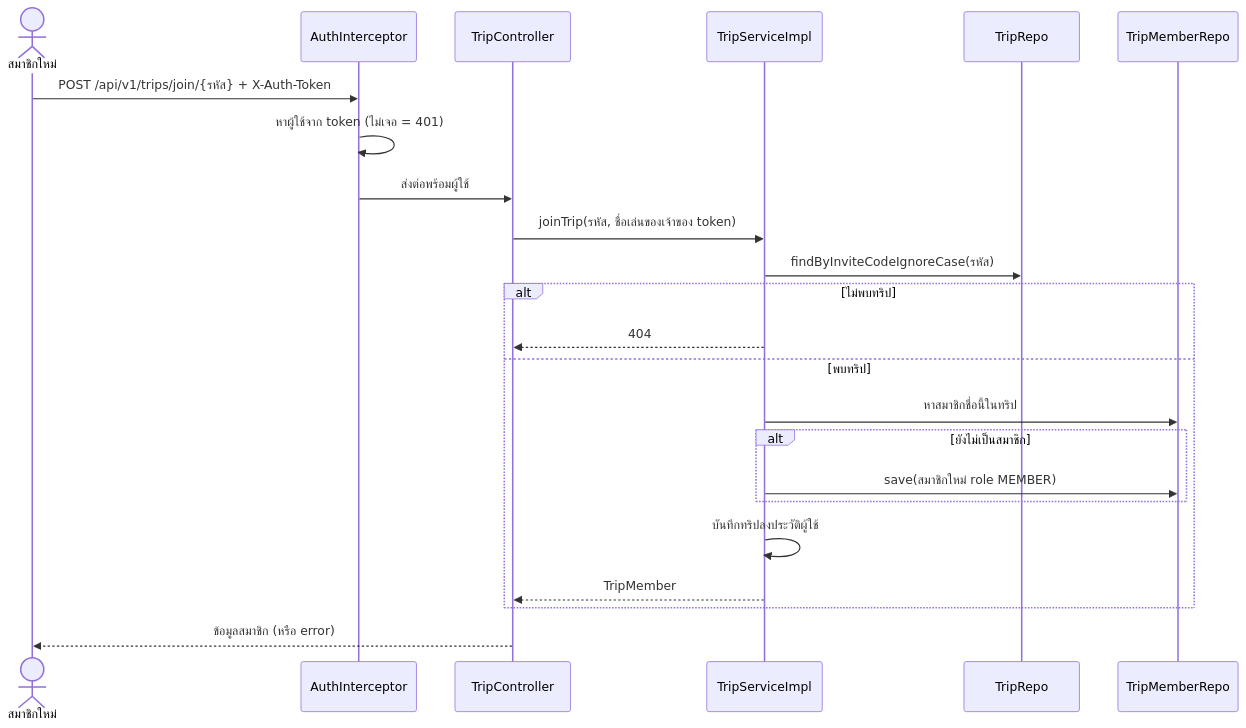
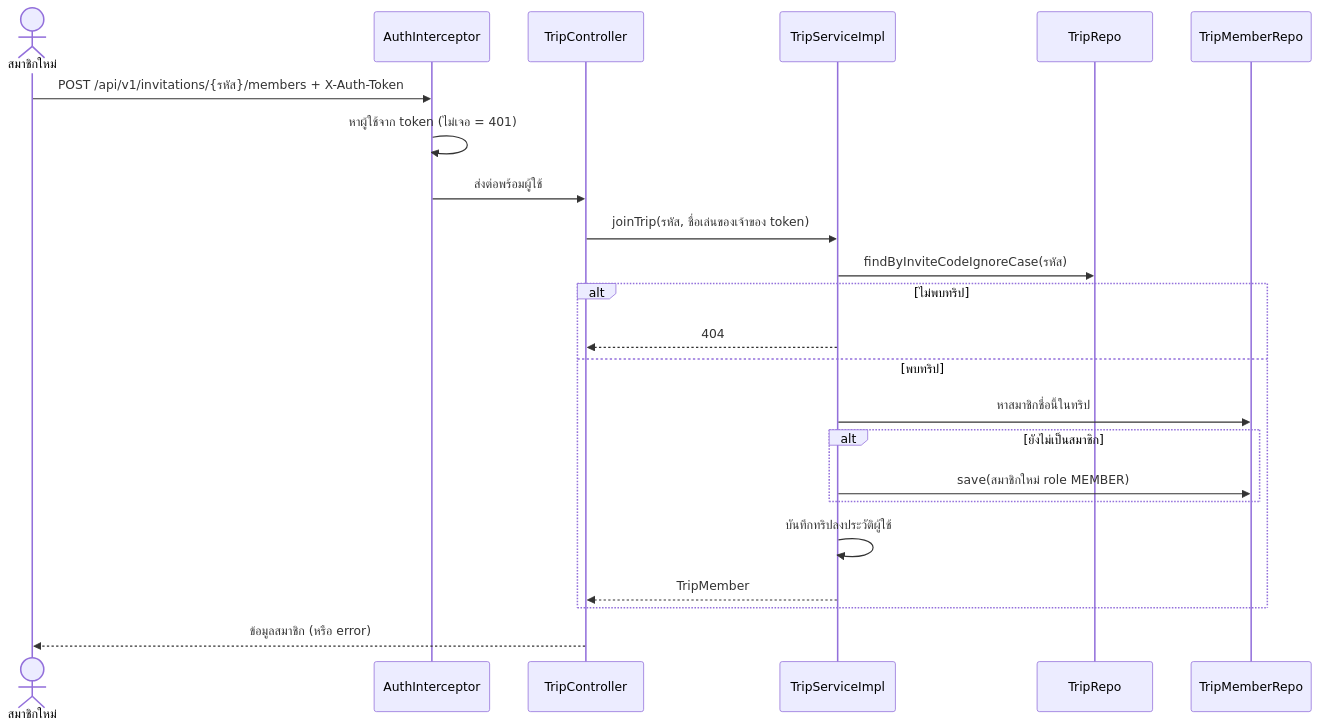
One commit to txark/Trip_Spitter changed the second of 5 diagrams in doc/diagrams/04-sequence-diagrams.md. Above: the diagram before and after it, drawn with Mermaid. The commit also changed other lines of this file and 31 other files, not shown here.

````diff
--- a/doc/diagrams/04-sequence-diagrams.md
+++ b/doc/diagrams/04-sequence-diagrams.md
@@ -38,25 +38,25 @@
 ```mermaid
 sequenceDiagram
     actor U as สมาชิกใหม่
     participant I as AuthInterceptor
     participant C as TripController
     participant S as TripServiceImpl
     participant TR as TripRepo
     participant MR as TripMemberRepo
-    U->>I: POST /api/v1/trips/join/{รหัส} + X-Auth-Token
+    U->>I: POST /api/v1/invitations/{รหัส}/members + X-Auth-Token
     I->>I: หาผู้ใช้จาก token (ไม่เจอ = 401)
     I->>C: ส่งต่อพร้อมผู้ใช้
     C->>S: joinTrip(รหัส, ชื่อเล่นของเจ้าของ token)
     S->>TR: findByInviteCodeIgnoreCase(รหัส)
     alt ไม่พบทริป
         S-->>C: 404
     else พบทริป
         S->>MR: หาสมาชิกชื่อนี้ในทริป
         alt ยังไม่เป็นสมาชิก
             S->>MR: save(สมาชิกใหม่ role MEMBER)
         end
         S->>S: บันทึกทริปลงประวัติผู้ใช้
         S-->>C: TripMember
     end
     C-->>U: ข้อมูลสมาชิก (หรือ error)
 ```
````
